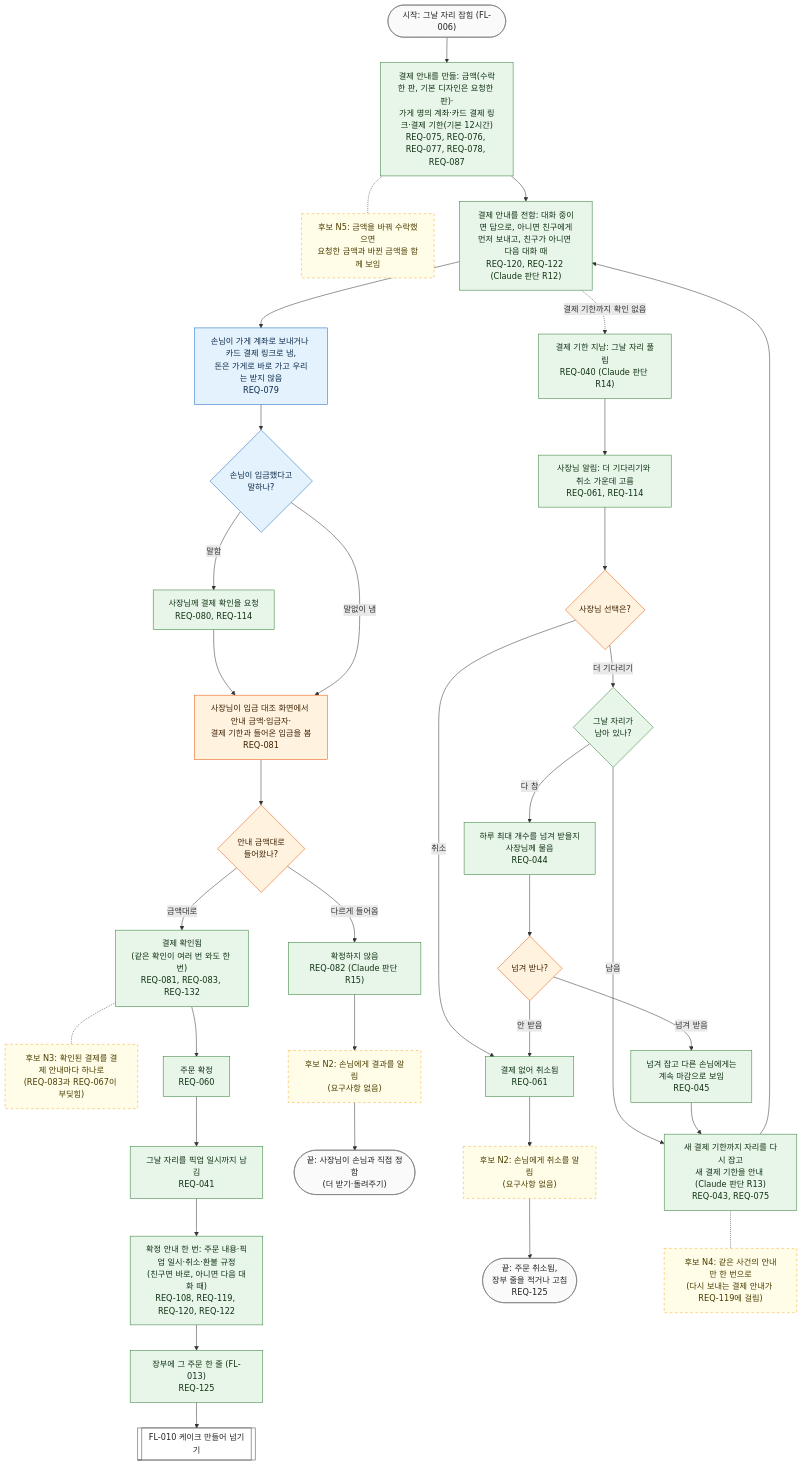
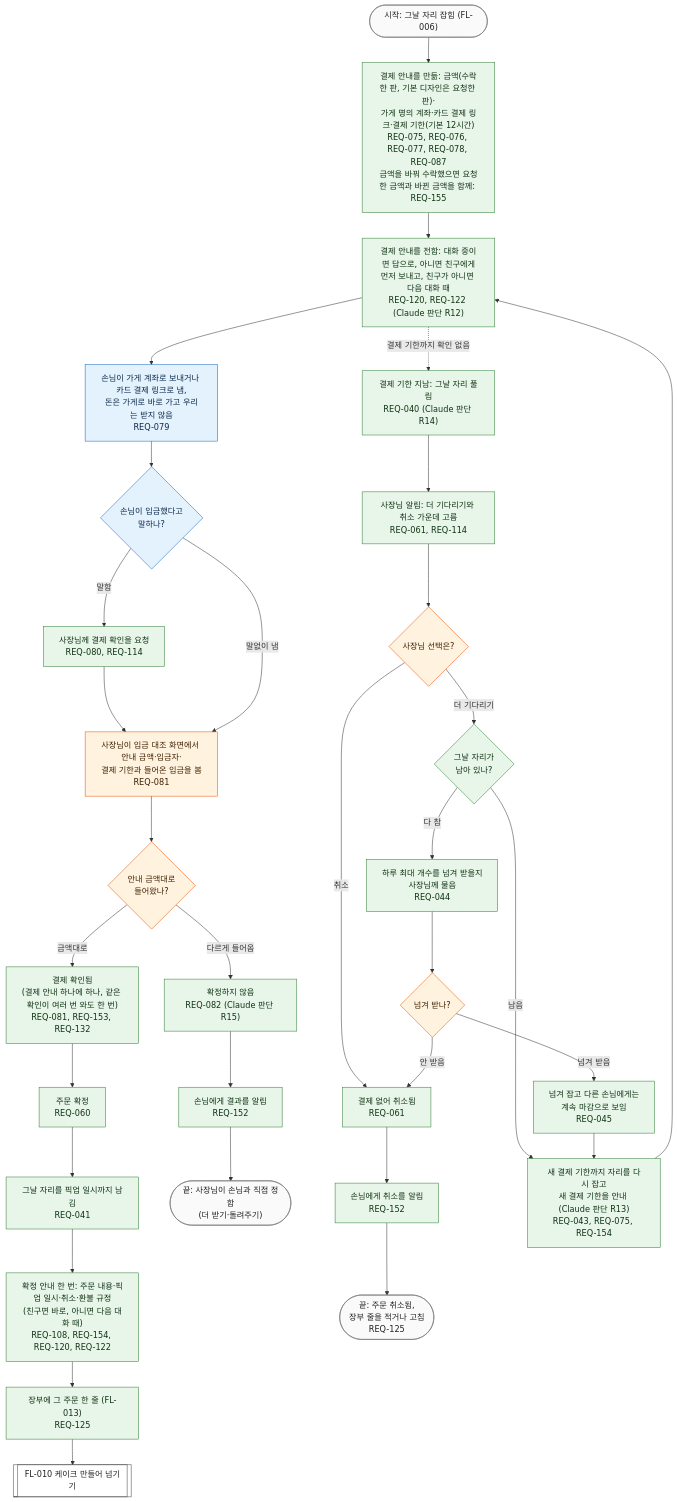
Before and after one commit to kodonghui/siljang.ai: the diagram in docs/03-user-flow/FL-007-pay-and-confirm.md, drawn with Mermaid. The commit also changed other lines of this file and 17 other files, not shown here.

First line of the commit message:
docs(flow): 03단계 확정을 반영하고 요구사항 2판을 더함

````diff
--- a/docs/03-user-flow/FL-007-pay-and-confirm.md
+++ b/docs/03-user-flow/FL-007-pay-and-confirm.md
@@ -18,64 +18,57 @@
 ```mermaid
 flowchart TD
   S(["시작: 그날 자리 잡힘 (FL-006)"])
-  P1["결제 안내를 만듦: 금액(수락한 판, 기본 디자인은 요청한 판)·<br/>가게 명의 계좌·카드 결제 링크·결제 기한(기본 12시간)<br/>REQ-075, REQ-076, REQ-077, REQ-078, REQ-087"]
-  G5["후보 N5: 금액을 바꿔 수락했으면<br/>요청한 금액과 바뀐 금액을 함께 보임"]
+  P1["결제 안내를 만듦: 금액(수락한 판, 기본 디자인은 요청한 판)·<br/>가게 명의 계좌·카드 결제 링크·결제 기한(기본 12시간)<br/>REQ-075, REQ-076, REQ-077, REQ-078, REQ-087<br/>금액을 바꿔 수락했으면 요청한 금액과 바뀐 금액을 함께: REQ-155"]
   P2["결제 안내를 전함: 대화 중이면 답으로, 아니면 친구에게<br/>먼저 보내고, 친구가 아니면 다음 대화 때<br/>REQ-120, REQ-122 (Claude 판단 R12)"]
   P3["손님이 가게 계좌로 보내거나 카드 결제 링크로 냄,<br/>돈은 가게로 바로 가고 우리는 받지 않음<br/>REQ-079"]
   D1{"손님이 입금했다고<br/>말하나?"}
   P4["사장님께 결제 확인을 요청<br/>REQ-080, REQ-114"]
   P5["사장님이 입금 대조 화면에서 안내 금액·입금자·<br/>결제 기한과 들어온 입금을 봄<br/>REQ-081"]
   D2{"안내 금액대로<br/>들어왔나?"}
-  P6["결제 확인됨<br/>(같은 확인이 여러 번 와도 한 번)<br/>REQ-081, REQ-083, REQ-132"]
-  G3["후보 N3: 확인된 결제를 결제 안내마다 하나로<br/>(REQ-083과 REQ-067이 부딪힘)"]
+  P6["결제 확인됨<br/>(결제 안내 하나에 하나, 같은 확인이 여러 번 와도 한 번)<br/>REQ-081, REQ-153, REQ-132"]
   P7["주문 확정<br/>REQ-060"]
   P8["그날 자리를 픽업 일시까지 남김<br/>REQ-041"]
-  P9["확정 안내 한 번: 주문 내용·픽업 일시·취소·환불 규정<br/>(친구면 바로, 아니면 다음 대화 때)<br/>REQ-108, REQ-119, REQ-120, REQ-122"]
+  P9["확정 안내 한 번: 주문 내용·픽업 일시·취소·환불 규정<br/>(친구면 바로, 아니면 다음 대화 때)<br/>REQ-108, REQ-154, REQ-120, REQ-122"]
   P10["장부에 그 주문 한 줄 (FL-013)<br/>REQ-125"]
   F10[["FL-010 케이크 만들어 넘기기"]]
   P11["확정하지 않음<br/>REQ-082 (Claude 판단 R15)"]
-  G2a["후보 N2: 손님에게 결과를 알림<br/>(요구사항 없음)"]
+  G2a["손님에게 결과를 알림<br/>REQ-152"]
   E1(["끝: 사장님이 손님과 직접 정함<br/>(더 받기·돌려주기)"])
   T1["결제 기한 지남: 그날 자리 풀림<br/>REQ-040 (Claude 판단 R14)"]
   T2["사장님 알림: 더 기다리기와 취소 가운데 고름<br/>REQ-061, REQ-114"]
   D3{"사장님 선택은?"}
   T3["결제 없어 취소됨<br/>REQ-061"]
-  G2b["후보 N2: 손님에게 취소를 알림<br/>(요구사항 없음)"]
+  G2b["손님에게 취소를 알림<br/>REQ-152"]
   E2(["끝: 주문 취소됨,<br/>장부 줄을 적거나 고침<br/>REQ-125"])
   D4{"그날 자리가<br/>남아 있나?"}
-  T4["새 결제 기한까지 자리를 다시 잡고<br/>새 결제 기한을 안내 (Claude 판단 R13)<br/>REQ-043, REQ-075"]
-  G4["후보 N4: 같은 사건의 안내만 한 번으로<br/>(다시 보내는 결제 안내가 REQ-119에 걸림)"]
+  T4["새 결제 기한까지 자리를 다시 잡고<br/>새 결제 기한을 안내 (Claude 판단 R13)<br/>REQ-043, REQ-075, REQ-154"]
   T5["하루 최대 개수를 넘겨 받을지<br/>사장님께 물음<br/>REQ-044"]
   D5{"넘겨 받나?"}
   T6["넘겨 잡고 다른 손님에게는<br/>계속 마감으로 보임<br/>REQ-045"]
 
   S --> P1 --> P2 --> P3 --> D1
-  P1 -.- G5
   D1 -->|"말함"| P4 --> P5
   D1 -->|"말없이 냄"| P5
   P5 --> D2
   D2 -->|"금액대로"| P6 --> P7 --> P8 --> P9 --> P10 --> F10
-  P6 -.- G3
   D2 -->|"다르게 들어옴"| P11 --> G2a --> E1
   P2 -.->|"결제 기한까지 확인 없음"| T1 --> T2 --> D3
   D3 -->|"취소"| T3 --> G2b --> E2
   D3 -->|"더 기다리기"| D4
   D4 -->|"남음"| T4 --> P2
-  T4 -.- G4
   D4 -->|"다 참"| T5 --> D5
   D5 -->|"넘겨 받음"| T6 --> T4
   D5 -->|"안 받음"| T3
 
   classDef cust fill:#e3f2fd,stroke:#1565c0,color:#0d2a4a
   classDef owner fill:#fff3e0,stroke:#e65100,color:#3e2000
   classDef svc fill:#e8f5e9,stroke:#2e7d32,color:#0f3313
   classDef gap fill:#fffde7,stroke:#f9a825,stroke-dasharray:5 5,color:#4a3b00
   classDef flow fill:#ffffff,stroke:#424242,color:#212121
   classDef term fill:#fafafa,stroke:#757575,color:#212121
   class P3,D1 cust
   class P5,D2,D3,D5 owner
-  class P1,P2,P4,P6,P7,P8,P9,P10,P11,T1,T2,T3,D4,T4,T5,T6 svc
-  class G2a,G2b,G3,G4,G5 gap
+  class P1,P2,P4,P6,P7,P8,P9,P10,P11,T1,T2,T3,D4,T4,T5,T6,G2a,G2b svc
   class F10 flow
   class S,E1,E2 term
 ```
````
